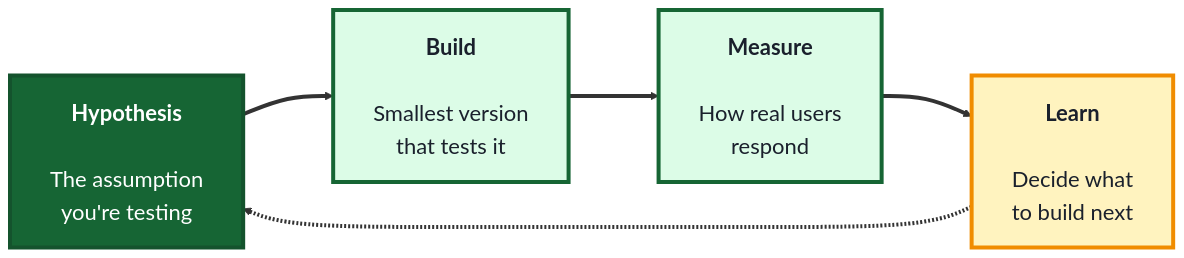
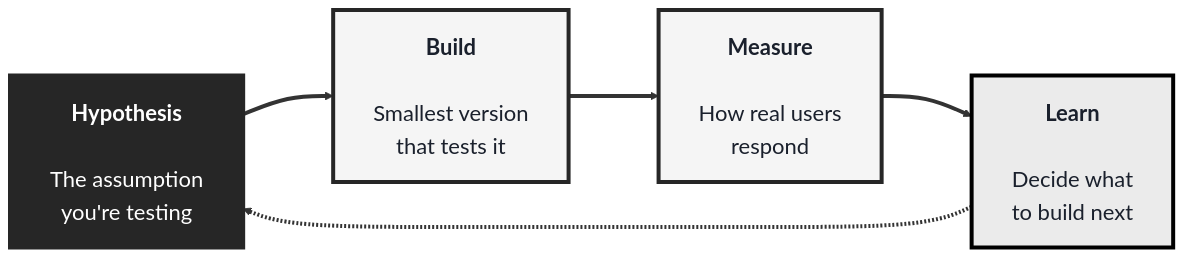
Before and after one commit to SHEMODELTECH/shemodeltech: the second of 3 diagrams in src/Pages/courses/TechPO/product-fundamentals-module.md, drawn with Mermaid. The commit also changed other lines of this file and 46 other files, not shown here.

````diff
--- a/src/Pages/courses/TechPO/product-fundamentals-module.md
+++ b/src/Pages/courses/TechPO/product-fundamentals-module.md
@@ -115,17 +115,17 @@
 ```mermaid
-%%{init: {'theme':'base', 'themeVariables': {'fontSize':'22px', 'primaryTextColor':'#1a202c', 'primaryBorderColor':'#166534', 'lineColor':'#333333'}, 'flowchart': {'nodeSpacing': 70, 'rankSpacing': 90, 'padding': 20}}}%%
+%%{init: {'theme':'base', 'themeVariables': {'fontSize':'22px', 'primaryTextColor':'#1a202c', 'primaryBorderColor':'#262626', 'lineColor':'#333333'}, 'flowchart': {'nodeSpacing': 70, 'rankSpacing': 90, 'padding': 20}}}%%
 flowchart LR
     H["<b>Hypothesis</b><br/><br/>The assumption<br/>you're testing"]
     B["<b>Build</b><br/><br/>Smallest version<br/>that tests it"]
     ME["<b>Measure</b><br/><br/>How real users<br/>respond"]
     L["<b>Learn</b><br/><br/>Decide what<br/>to build next"]
 
     H ==> B ==> ME ==> L
     L -.-> H
 
-    style H fill:#166534,color:#fff,stroke:#14532d,stroke-width:4px
-    style B fill:#dcfce7,color:#1a202c,stroke:#166534,stroke-width:4px
-    style ME fill:#dcfce7,color:#1a202c,stroke:#166534,stroke-width:4px
-    style L fill:#fff3bf,color:#1a202c,stroke:#f08c00,stroke-width:4px
+    style H fill:#262626,color:#fff,stroke:#262626,stroke-width:4px
+    style B fill:#F5F5F5,color:#1a202c,stroke:#262626,stroke-width:4px
+    style ME fill:#F5F5F5,color:#1a202c,stroke:#262626,stroke-width:4px
+    style L fill:#EBEBEB,color:#1a202c,stroke:#000000,stroke-width:4px
     linkStyle default stroke-width:4px,stroke:#333333
 ```
````
